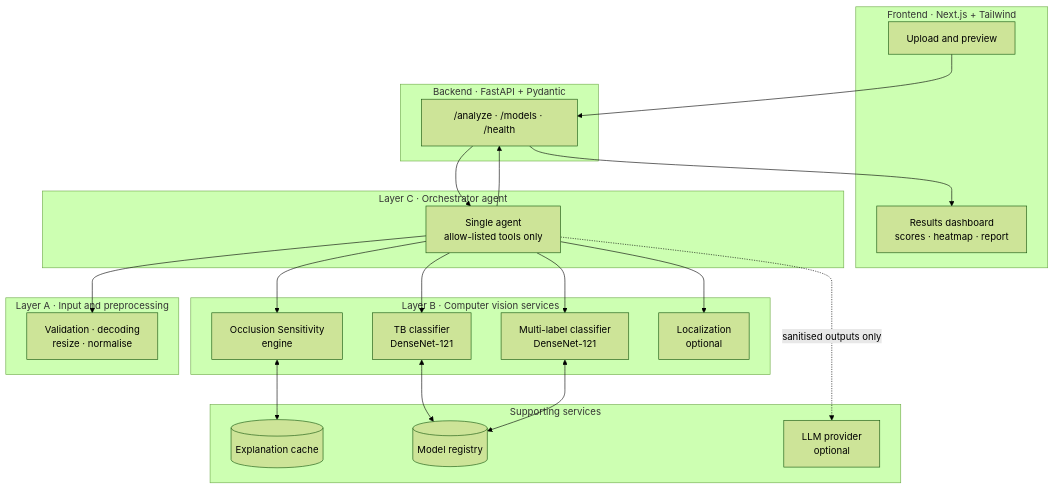
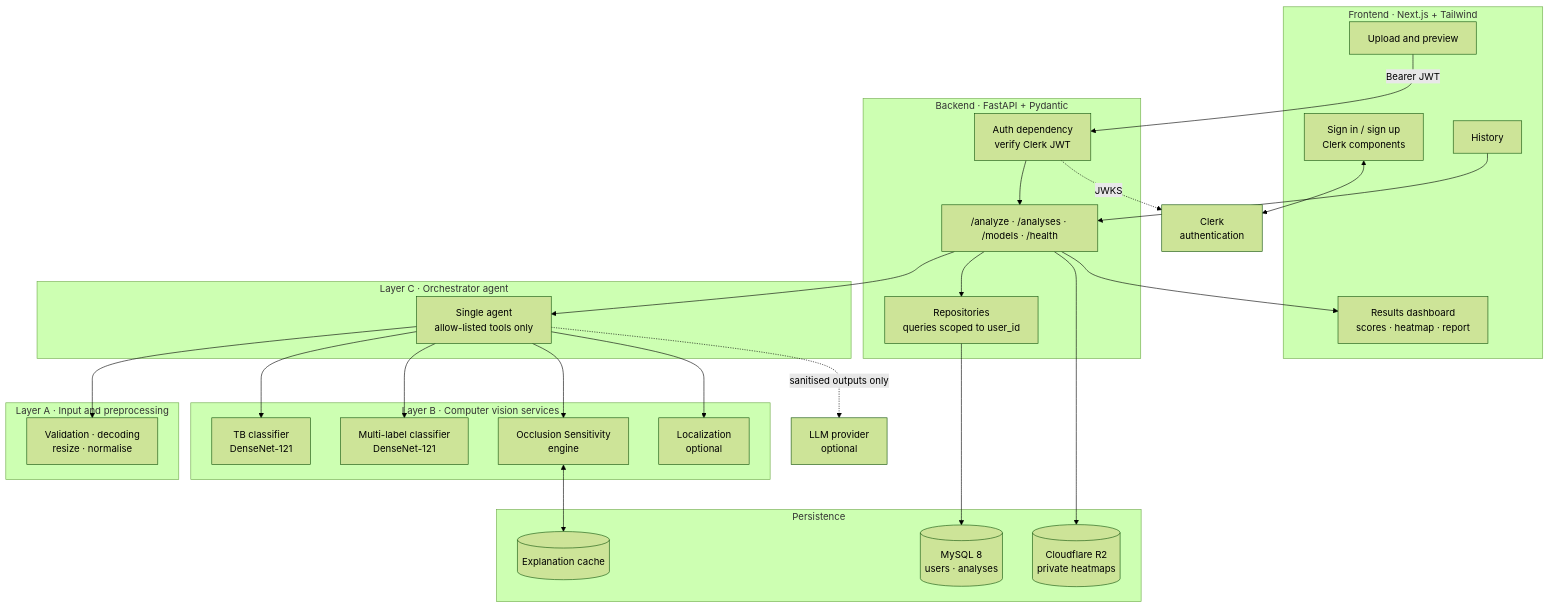
Before and after one commit to Fy1zN/pneumyst-ai: the first of 4 diagrams in README.md, drawn with Mermaid (forest theme). The commit also changed other lines of this file, not shown here.

````diff
--- a/README.md
+++ b/README.md
@@ -72,42 +78,54 @@
 ```mermaid
 flowchart TB
     subgraph FE["Frontend · Next.js + Tailwind"]
+        LG["Sign in / sign up<br/>Clerk components"]
         U["Upload and preview"]
         R["Results dashboard<br/>scores · heatmap · report"]
+        H["History"]
     end
 
+    CL["Clerk<br/>authentication"]
+
     subgraph API["Backend · FastAPI + Pydantic"]
-        EP["/analyze · /models · /health"]
+        AU["Auth dependency<br/>verify Clerk JWT"]
+        EP["/analyze · /analyses · /models · /health"]
+        RP["Repositories<br/>queries scoped to user_id"]
     end
 
     subgraph AG["Layer C · Orchestrator agent"]
         O["Single agent<br/>allow-listed tools only"]
     end
 
     subgraph CV["Layer B · Computer vision services"]
         TB["TB classifier<br/>DenseNet-121"]
         ML["Multi-label classifier<br/>DenseNet-121"]
         OS["Occlusion Sensitivity<br/>engine"]
         LOC["Localization<br/>optional"]
     end
 
     subgraph PRE["Layer A · Input and preprocessing"]
         V["Validation · decoding<br/>resize · normalise"]
     end
 
-    subgraph SUP["Supporting services"]
+    subgraph DATA["Persistence"]
+        DB[("MySQL 8<br/>users · analyses")]
+        R2[("Cloudflare R2<br/>private heatmaps")]
         C[("Explanation cache")]
-        REG[("Model registry")]
-        LLM["LLM provider<br/>optional"]
     end
 
-    U --> EP --> O
+    LLM["LLM provider<br/>optional"]
+
+    LG <--> CL
+    U -- "Bearer JWT" --> AU --> EP --> O
+    AU -. "JWKS" .-> CL
     O --> V
     O --> TB & ML
     O --> OS
     O --> LOC
     OS <--> C
-    TB & ML <--> REG
     O -. "sanitised outputs only" .-> LLM
-    O --> EP --> R
+    EP --> RP --> DB
+    EP --> R2
+    EP --> R
+    H --> EP
 ```
````
